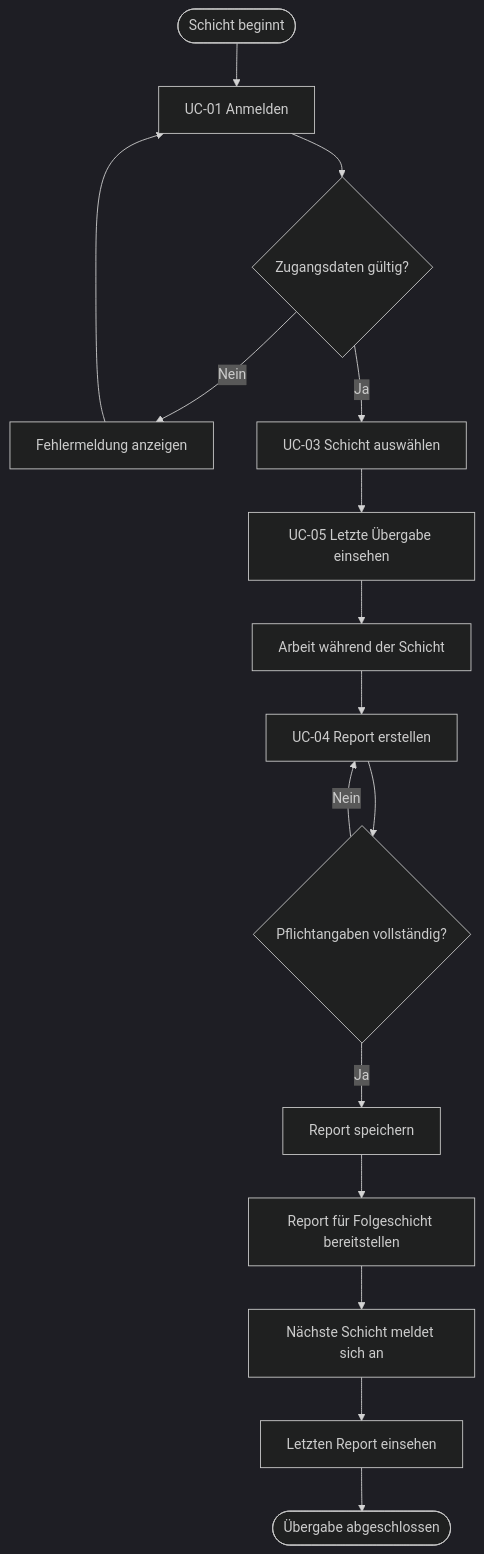
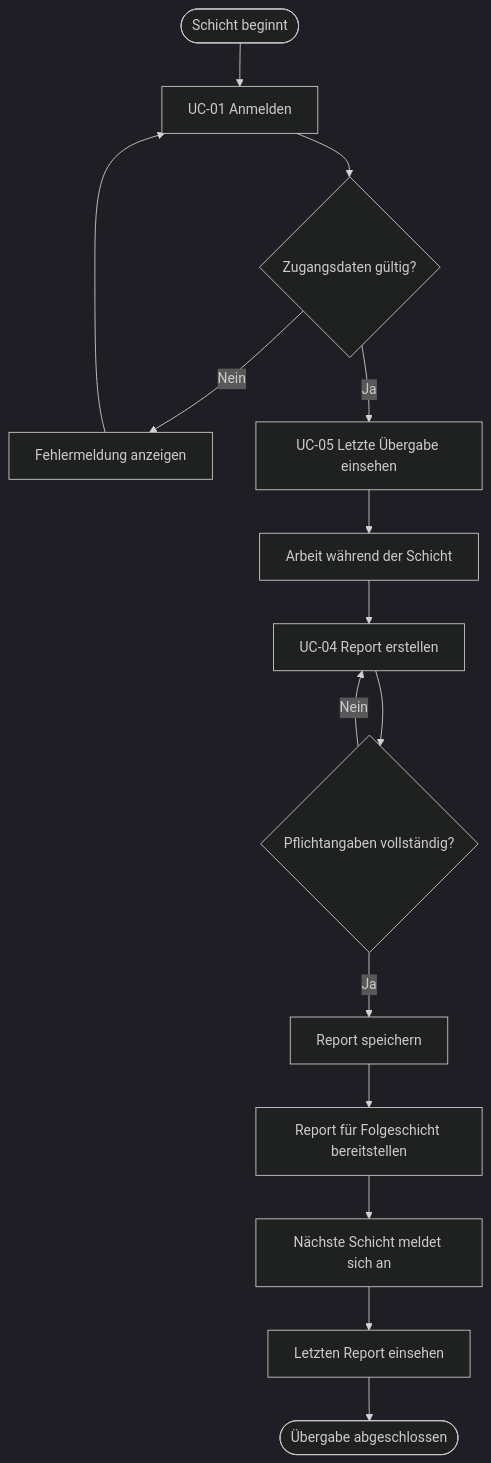
The diagram in docs/specification/F1-geschaeftsprozesse.md (luisacordes2002-droid/Projekt-1-), drawn with Mermaid (dark theme) before and after one commit. The commit also changed other lines of this file, not shown here.

````diff
--- a/docs/specification/F1-geschaeftsprozesse.md
+++ b/docs/specification/F1-geschaeftsprozesse.md
@@ -49,18 +49,17 @@
 ```mermaid
 flowchart TD
     A([Schicht beginnt]) --> B[UC-01 Anmelden]
     B --> C{Zugangsdaten gültig?}
     C -- Nein --> D[Fehlermeldung anzeigen]
     D --> B
-    C -- Ja --> E[UC-03 Schicht auswählen]
-    E --> F[UC-05 Letzte Übergabe einsehen]
+   C -- Ja --> F[UC-05 Letzte Übergabe einsehen]
     F --> G[Arbeit während der Schicht]
     G --> H[UC-04 Report erstellen]
     H --> I{Pflichtangaben vollständig?}
     I -- Nein --> H
     I -- Ja --> J[Report speichern]
     J --> K[Report für Folgeschicht bereitstellen]
     K --> L[Nächste Schicht meldet sich an]
     L --> M[Letzten Report einsehen]
     M --> N([Übergabe abgeschlossen])
 ```
````
